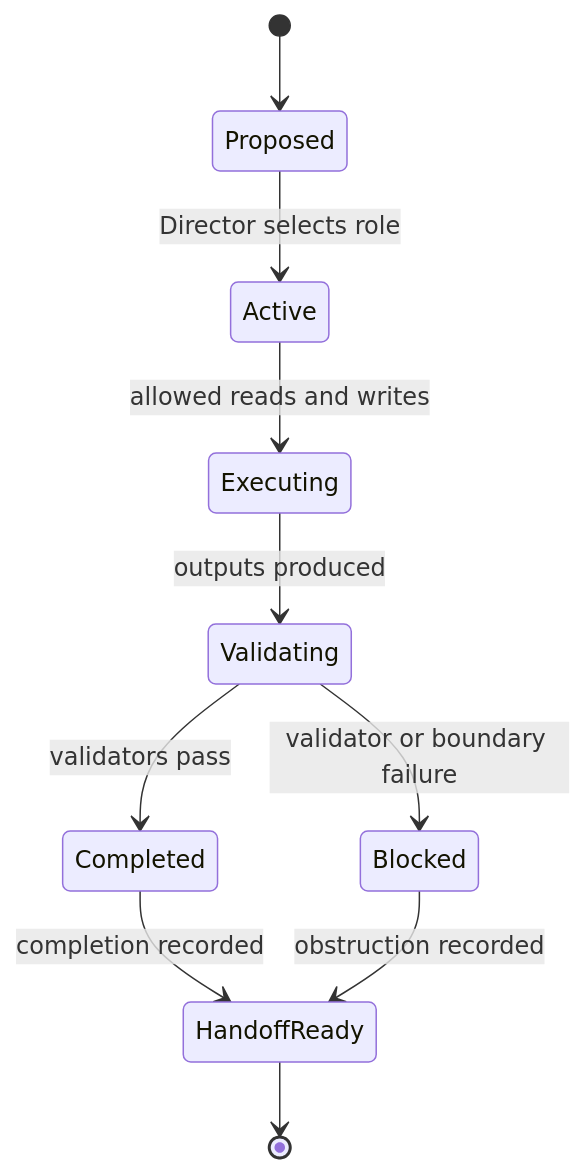
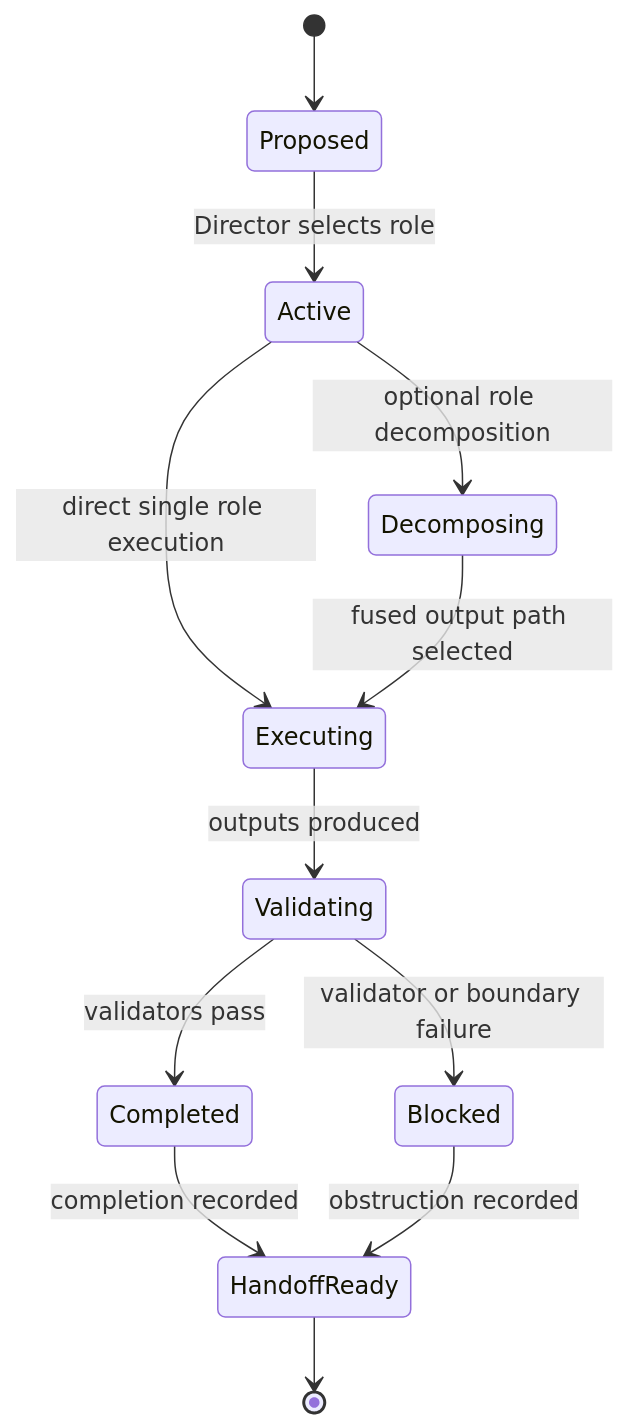
The second of 2 diagrams in github-facing/research-agent-workflow-explainer.md (AngryOwlAI/The-AEther-Flow), drawn with Mermaid before and after one commit. The commit also changed other lines of this file and 7 other files, not shown here.

````diff
--- a/github-facing/research-agent-workflow-explainer.md
+++ b/github-facing/research-agent-workflow-explainer.md
@@ -55,12 +56,14 @@
 ```mermaid
 stateDiagram-v2
   [*] --> Proposed
   Proposed --> Active: Director selects role
-  Active --> Executing: allowed reads and writes
+  Active --> Decomposing: optional role decomposition
+  Active --> Executing: direct single role execution
+  Decomposing --> Executing: fused output path selected
   Executing --> Validating: outputs produced
   Validating --> Completed: validators pass
   Validating --> Blocked: validator or boundary failure
   Completed --> HandoffReady: completion recorded
   Blocked --> HandoffReady: obstruction recorded
   HandoffReady --> [*]
 ```
````
